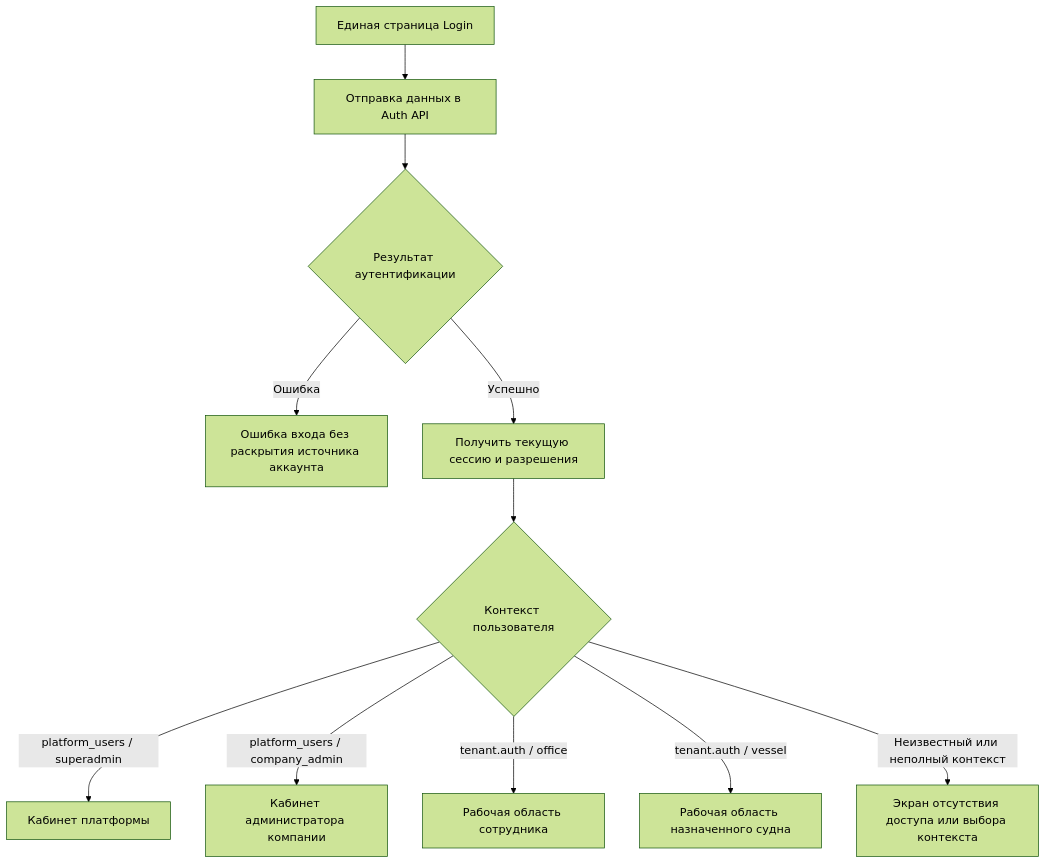
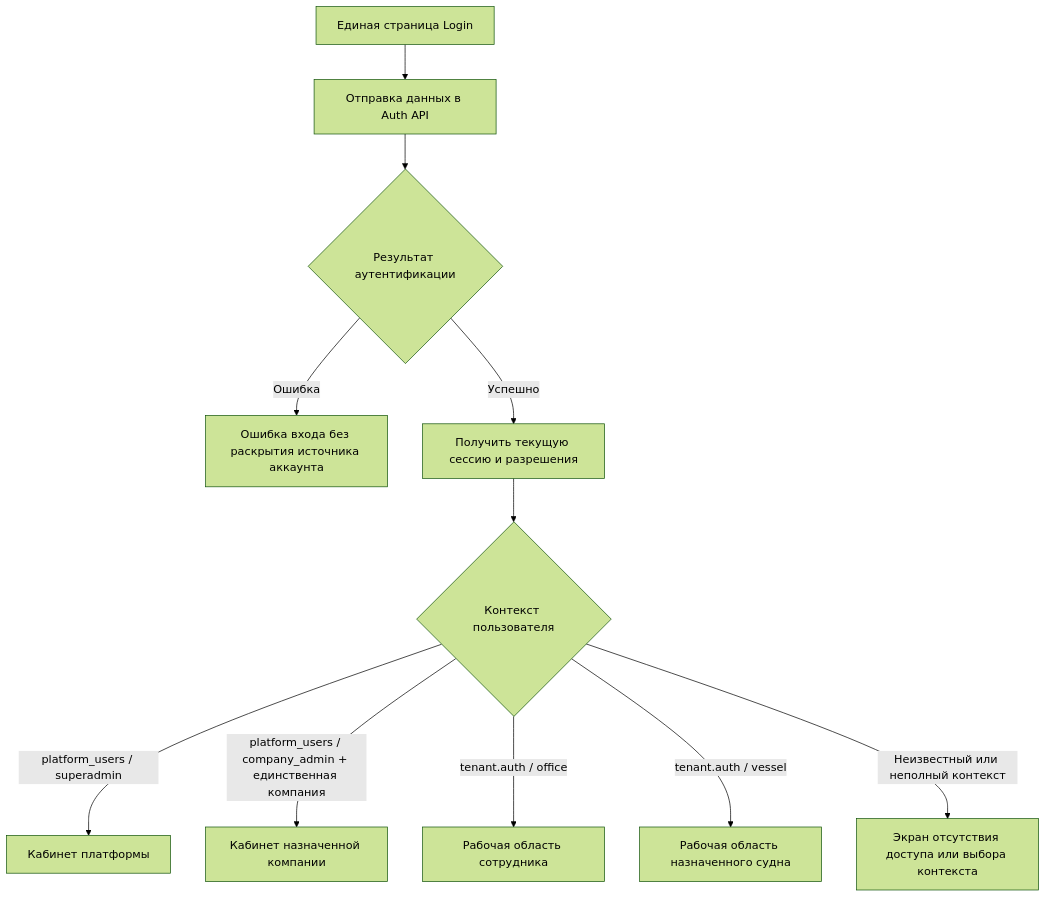
One commit to eznzz/ui-monitoring-project changed the diagram in architecture/AUTH_AND_ROUTING.md. Above: the diagram before and after it, drawn with Mermaid (forest theme). The commit also changed other lines of this file, not shown here.

Commit message:
docs(architecture): enforce single company context for company admin login and routing

````diff
--- a/architecture/AUTH_AND_ROUTING.md
+++ b/architecture/AUTH_AND_ROUTING.md
@@ -21,13 +23,13 @@
 ```mermaid
 flowchart TD
  A[Единая страница Login] --> B[Отправка данных в Auth API]
  B --> C{Результат аутентификации}
  C -->|Ошибка| D[Ошибка входа без раскрытия источника аккаунта]
  C -->|Успешно| E[Получить текущую сессию и разрешения]
  E --> F{Контекст пользователя}
  F -->|platform_users / superadmin| G[Кабинет платформы]
- F -->|platform_users / company_admin| H[Кабинет администратора компании]
+ F -->|platform_users / company_admin + единственная компания| H[Кабинет назначенной компании]
  F -->|tenant.auth / office| I[Рабочая область сотрудника]
  F -->|tenant.auth / vessel| J[Рабочая область назначенного судна]
  F -->|Неизвестный или неполный контекст| K[Экран отсутствия доступа или выбора контекста]
 ```
````
